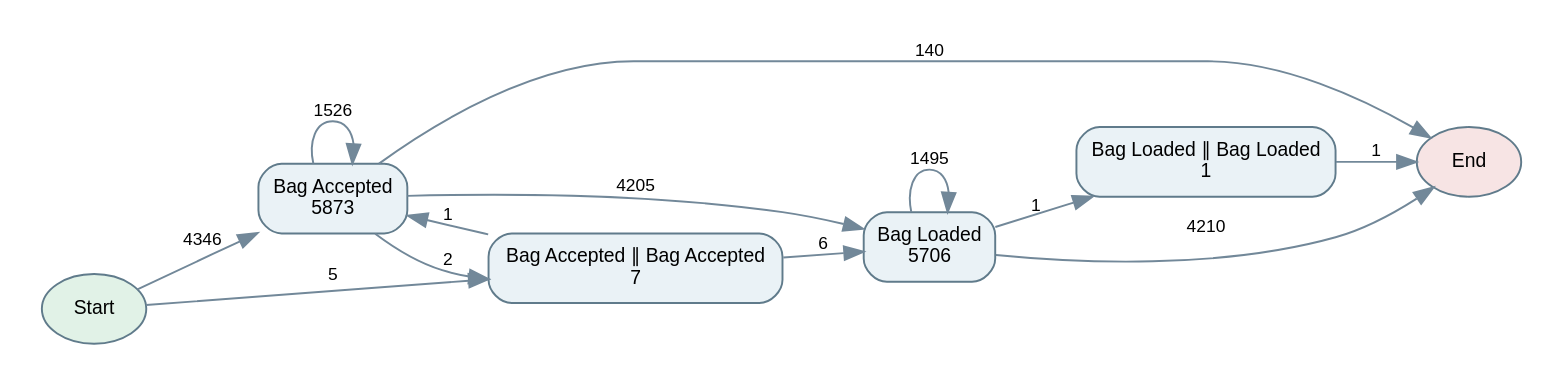
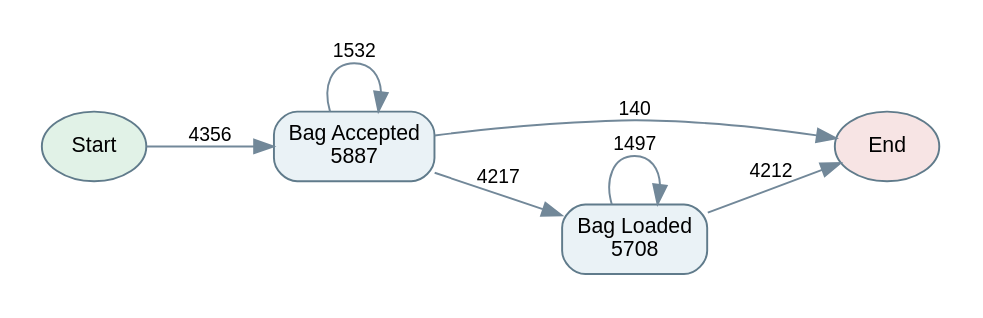
Before and after one commit to jiwonpark7913/NL2EVENTLOG: the diagram in datasets/synthetic/airlineflow/gold/Q14/dfg.dot, drawn with Graphviz. The commit also changed 146 other files, not shown here.

```diff
--- a/datasets/synthetic/airlineflow/gold/Q14/dfg.dot
+++ b/datasets/synthetic/airlineflow/gold/Q14/dfg.dot
@@ -1,20 +1,12 @@
 digraph G {
-rankdir=LR; graph [bgcolor="white",pad=0.2,nodesep=0.3,ranksep=0.5]; node [shape=box,style="rounded,filled",fillcolor="#eaf2f6",color="#607b8b",fontname="Arial",fontsize=10]; edge [color="#728899",fontname="Arial",fontsize=9];
+rankdir=LR; graph [bgcolor="white",pad=0.2,nodesep=0.35,ranksep=0.6]; node [shape=box,style="rounded,filled",fillcolor="#eaf2f6",color="#607b8b",fontname="Arial",fontsize=11]; edge [color="#728899",fontname="Arial",fontsize=10];
 start [label="Start",shape=oval,fillcolor="#e1f2e7"]; end [label="End",shape=oval,fillcolor="#f7e4e4"];
-n0 [label="Bag Accepted\n5873"];
-n1 [label="Bag Accepted ∥ Bag Accepted\n7"];
-n2 [label="Bag Loaded\n5706"];
-n3 [label="Bag Loaded ∥ Bag Loaded\n1"];
-n0 -> n0 [label="1526"];
-n0 -> n1 [label="2"];
-n0 -> n2 [label="4205"];
+n0 [label="Bag Accepted\n5887"];
+n1 [label="Bag Loaded\n5708"];
+n0 -> n0 [label="1532"];
+n0 -> n1 [label="4217"];
 n0 -> end [label="140"];
-n1 -> n0 [label="1"];
-n1 -> n2 [label="6"];
-n2 -> n2 [label="1495"];
-n2 -> n3 [label="1"];
-n2 -> end [label="4210"];
-n3 -> end [label="1"];
-start -> n0 [label="4346"];
-start -> n1 [label="5"];
+n1 -> n1 [label="1497"];
+n1 -> end [label="4212"];
+start -> n0 [label="4356"];
 }
```
